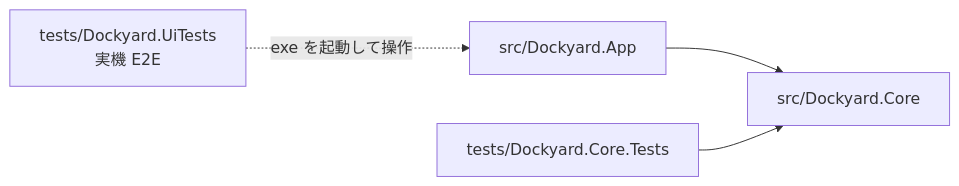
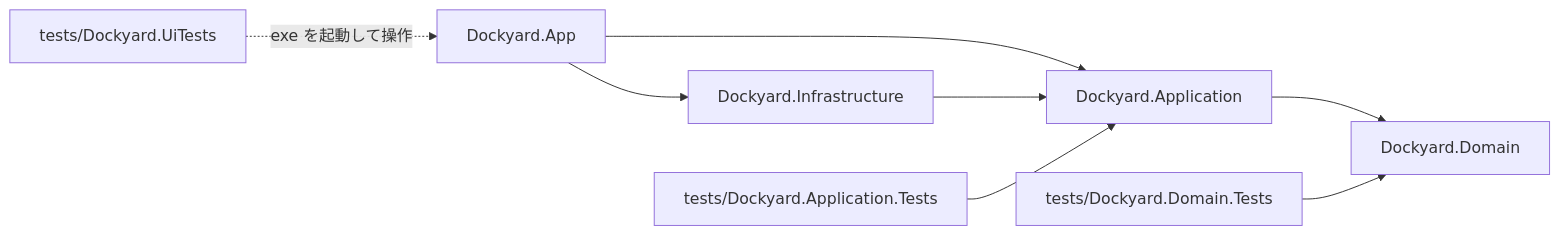
The second of 6 diagrams in docs/architecture.md (ntaksh42/dockyard), drawn with Mermaid before and after one commit. The commit also changed other lines of this file, not shown here.

````diff
--- a/docs/architecture.md
+++ b/docs/architecture.md
@@ -60,6 +74,10 @@
 ```mermaid
 flowchart LR
-    UiTests["tests/Dockyard.UiTests<br/>実機 E2E"] -.exe を起動して操作.-> AppP["src/Dockyard.App"]
-    AppP --> CoreP["src/Dockyard.Core"]
-    CoreTests["tests/Dockyard.Core.Tests"] --> CoreP
+    App["Dockyard.App"] --> Application["Dockyard.Application"]
+    App --> Infra["Dockyard.Infrastructure"]
+    Infra --> Application
+    Application --> Domain["Dockyard.Domain"]
+    DT["tests/Dockyard.Domain.Tests"] --> Domain
+    AT["tests/Dockyard.Application.Tests"] --> Application
+    UT["tests/Dockyard.UiTests"] -. exe を起動して操作 .-> App
 ```
````
